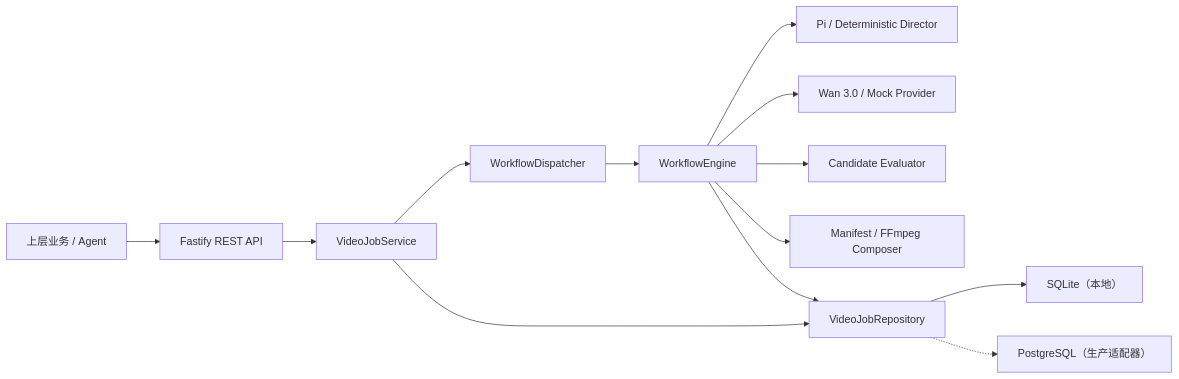
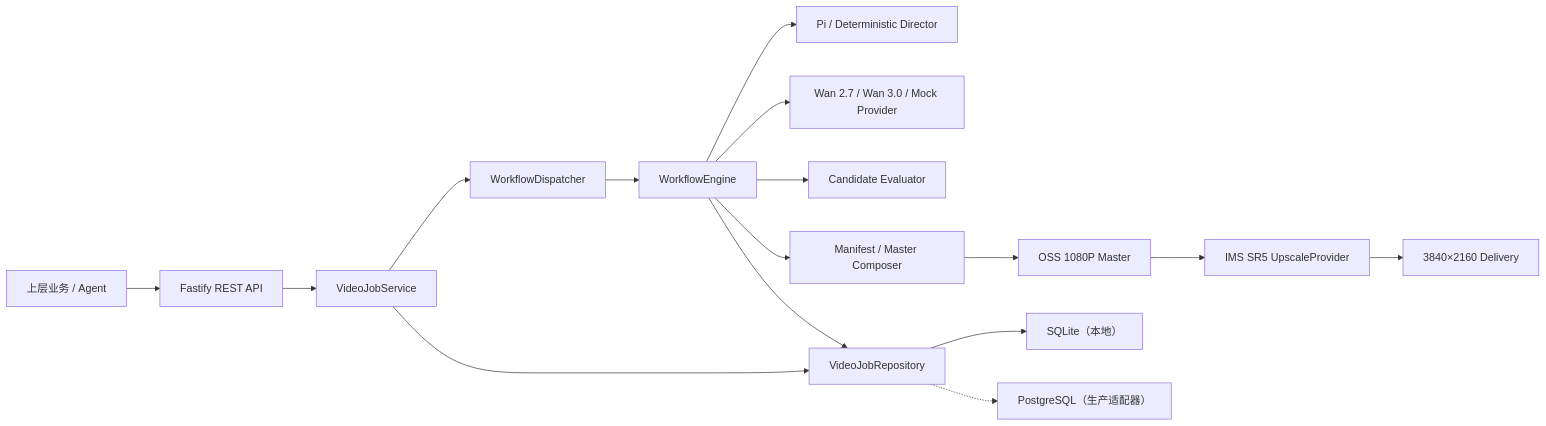
The diagram in docs/ARCHITECTURE.md (devWayne/video-agent-harness), drawn with Mermaid before and after one commit. The commit also changed other lines of this file and 21 other files, not shown here.

Commit message:
feat: validate Wan pipeline and add cloud 4K upscale

````diff
--- a/docs/ARCHITECTURE.md
+++ b/docs/ARCHITECTURE.md
@@ -5,15 +5,18 @@
 ```mermaid
 flowchart LR
   Client["上层业务 / Agent"] --> API["Fastify REST API"]
   API --> Service["VideoJobService"]
   Service --> Queue["WorkflowDispatcher"]
   Queue --> Workflow["WorkflowEngine"]
   Workflow --> Director["Pi / Deterministic Director"]
-  Workflow --> Provider["Wan 3.0 / Mock Provider"]
+  Workflow --> Provider["Wan 2.7 / Wan 3.0 / Mock Provider"]
   Workflow --> Evaluator["Candidate Evaluator"]
-  Workflow --> Composer["Manifest / FFmpeg Composer"]
+  Workflow --> Composer["Manifest / Master Composer"]
+  Composer --> OSS["OSS 1080P Master"]
+  OSS --> Upscale["IMS SR5 UpscaleProvider"]
+  Upscale --> UHD["3840×2160 Delivery"]
   Service --> Repository["VideoJobRepository"]
   Workflow --> Repository
   Repository --> SQLite["SQLite（本地）"]
   Repository -.-> Postgres["PostgreSQL（生产适配器）"]
 ```
````
